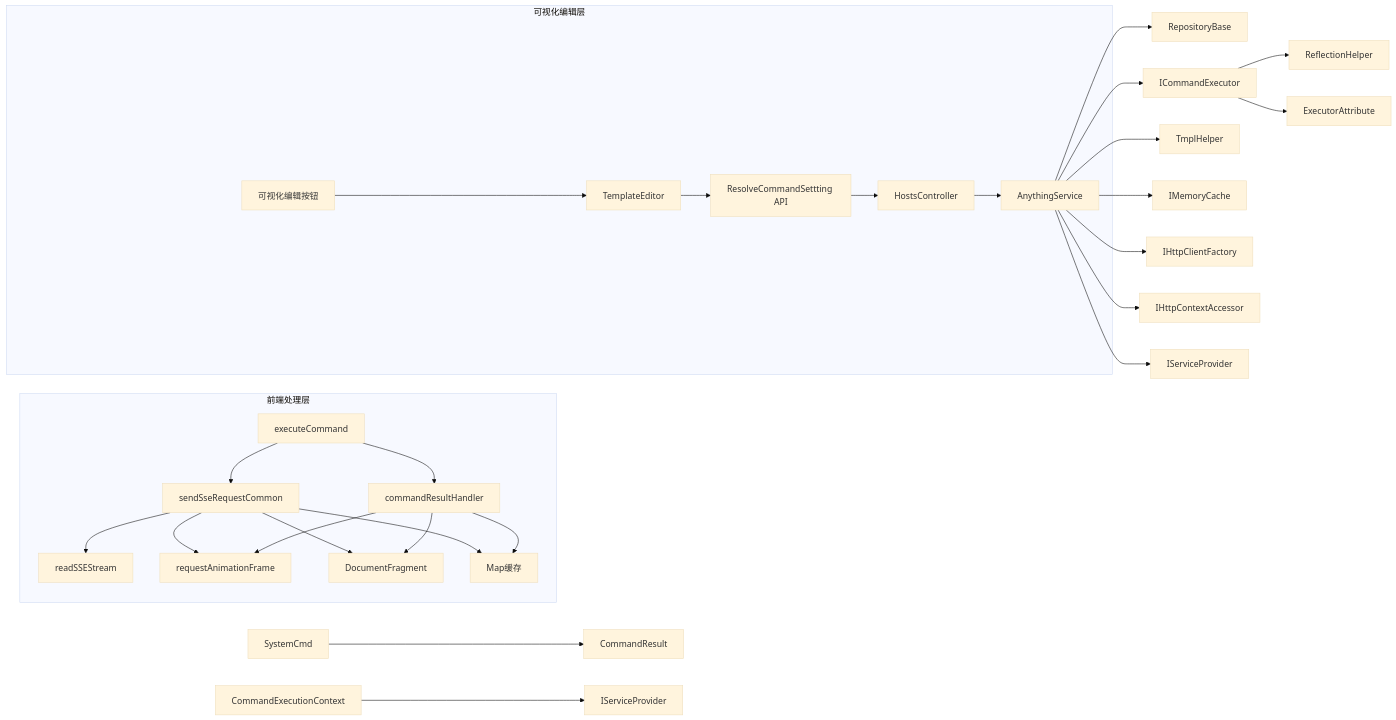
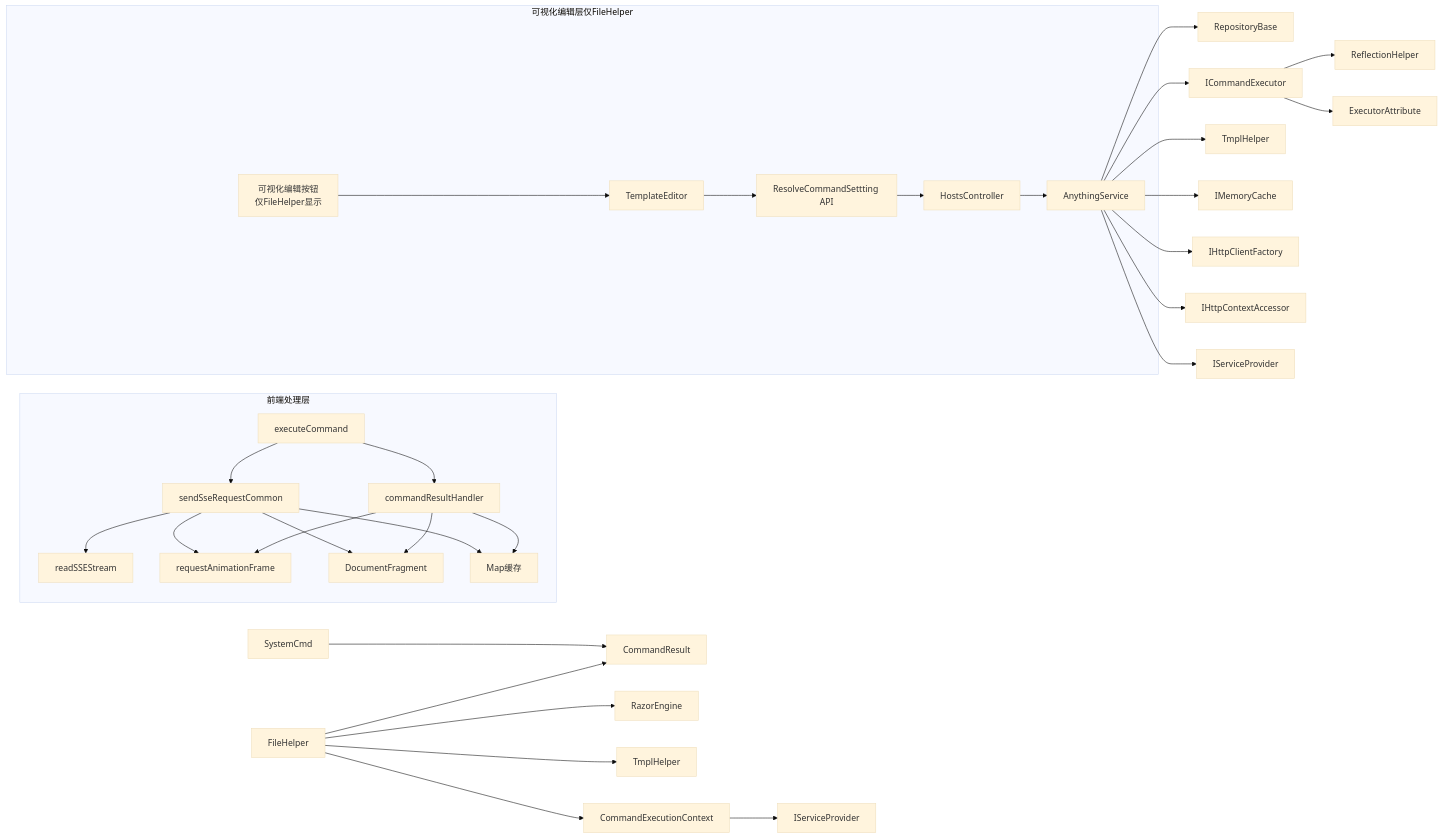
Before and after one commit to Sosososolong/AirGo: the tenth of 10 diagrams in .qoder/repowiki/zh/content/项目概述/核心特性/远程主机管理/命令执行器系统.md, drawn with Mermaid (base theme). The commit also changed other lines of this file and 3 other files, not shown here.

````diff
--- a/.qoder/repowiki/zh/content/项目概述/核心特性/远程主机管理/命令执行器系统.md
+++ b/.qoder/repowiki/zh/content/项目概述/核心特性/远程主机管理/命令执行器系统.md
@@ -1027,31 +1040,35 @@
 ```mermaid
 graph LR
 AS["AnythingService"] --> Repo["RepositoryBase<T>"]
 AS --> ICE["ICommandExecutor"]
 AS --> Tmpl["TmplHelper"]
 AS --> Cache["IMemoryCache"]
 AS --> HTTP["IHttpClientFactory"]
 AS --> Ctx["IHttpContextAccessor"]
 AS --> Scope["IServiceProvider"]
 ICE --> RH["ReflectionHelper"]
 ICE --> EA["ExecutorAttribute"]
 SYS["SystemCmd"] --> CR["CommandResult"]
-CEC["CommandExecutionContext"] --> SP["IServiceProvider"]
+FH["FileHelper"] --> CR
+FH --> CEC["CommandExecutionContext"]
+FH --> RE["RazorEngine"]
+FH --> TH["TmplHelper"]
+CEC --> SP["IServiceProvider"]
 subgraph "前端处理层"
 EXECCMD["executeCommand"] --> SSERC["sendSseRequestCommon"]
 SSERC --> READSSE["readSSEStream"]
 SSERC --> RAF["requestAnimationFrame"]
 SSERC --> DF["DocumentFragment"]
 SSERC --> CACHE["Map缓存"]
 EXECCMD --> CRH["commandResultHandler"]
 CRH --> RAF
 CRH --> DF
 CRH --> CACHE
 end
-subgraph "可视化编辑层"
-VEBTN["可视化编辑按钮"] --> TE["TemplateEditor"]
+subgraph "可视化编辑层仅FileHelper"
+VEBTN["可视化编辑按钮<br/>仅FileHelper显示"] --> TE["TemplateEditor"]
 TE --> RESOLVE["ResolveCommandSettting API"]
 RESOLVE --> HC["HostsController"]
 HC --> AS
 end
 ```
````
